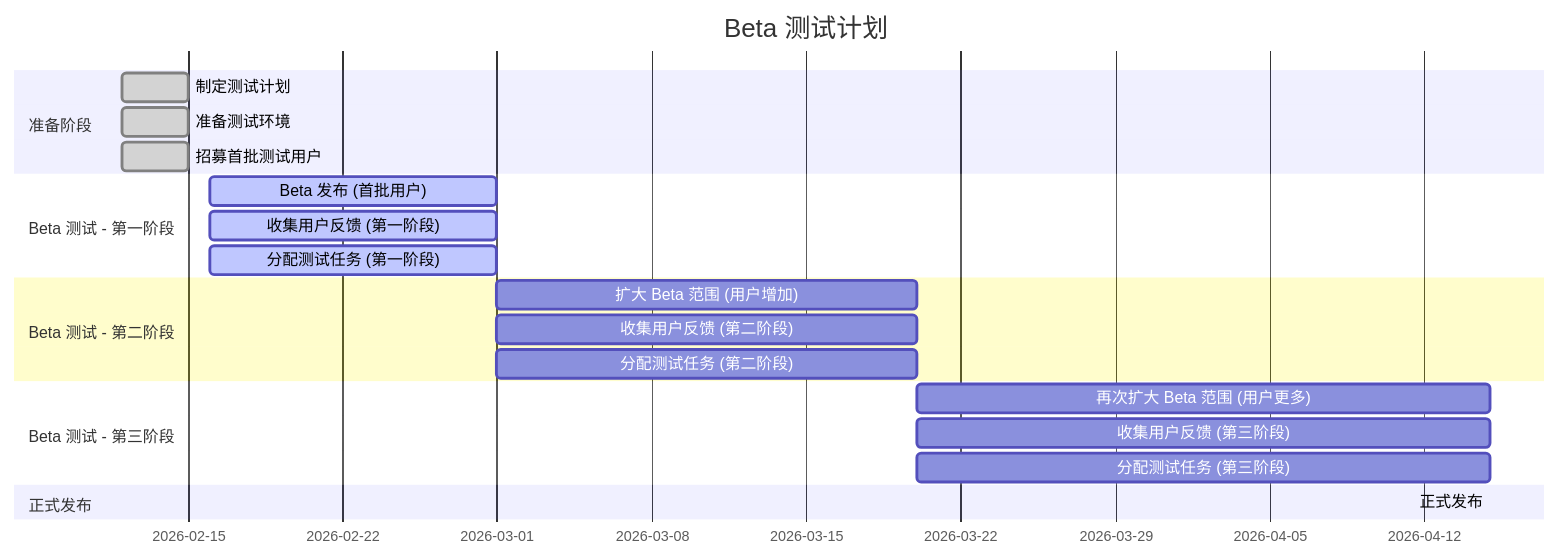
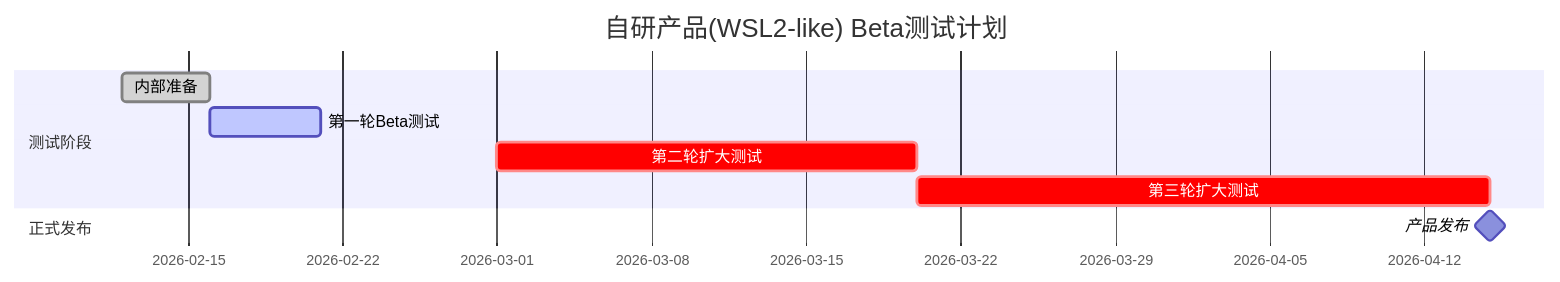
Before and after one commit to kilans/iodraw-files: the diagram in all/未命名.md, drawn with Mermaid.

Commit message:
2026-02-12 15:14:35 update

````diff
--- a/all/未命名.md
+++ b/all/未命名.md
@@ -1,24 +1,13 @@
 ```mermaid
 gantt
-    title Beta 测试计划
+    title 自研产品(WSL2-like) Beta测试计划
     dateFormat  YYYY-MM-DD
-    section 准备阶段
-    制定测试计划 :done,    2026-02-12, 2026-02-15
-    准备测试环境 :done,    2026-02-12, 2026-02-15
-    招募首批测试用户 :done,    2026-02-12, 2026-02-15
-    section Beta 测试 - 第一阶段
-    Beta 发布 (首批用户) :active, 2026-02-16, 2026-03-01
-    收集用户反馈 (第一阶段) :active, 2026-02-16, 2026-03-01
-    分配测试任务 (第一阶段) :active, 2026-02-16, 2026-03-01
-    section Beta 测试 - 第二阶段
-    扩大 Beta 范围 (用户增加) : 2026-03-01, 2026-03-20
-    收集用户反馈 (第二阶段) : 2026-03-01, 2026-03-20
-    分配测试任务 (第二阶段) : 2026-03-01, 2026-03-20
-    section Beta 测试 - 第三阶段
-    再次扩大 Beta 范围 (用户更多) : 2026-03-20, 2026-04-15
-    收集用户反馈 (第三阶段) : 2026-03-20, 2026-04-15
-    分配测试任务 (第三阶段) : 2026-03-20, 2026-04-15
+    section 测试阶段
+    内部准备          :done, 2026-02-12, 4d
+    第一轮Beta测试   :active, 2026-02-16, 5d
+    第二轮扩大测试   :crit, 2026-03-01, 19d
+    第三轮扩大测试   :crit, 2026-03-20, 26d
     section 正式发布
-    正式发布 : 2026-04-15, 2026-04-15
+    产品发布         :milestone, 2026-04-15, 0d
 
 ```
````
